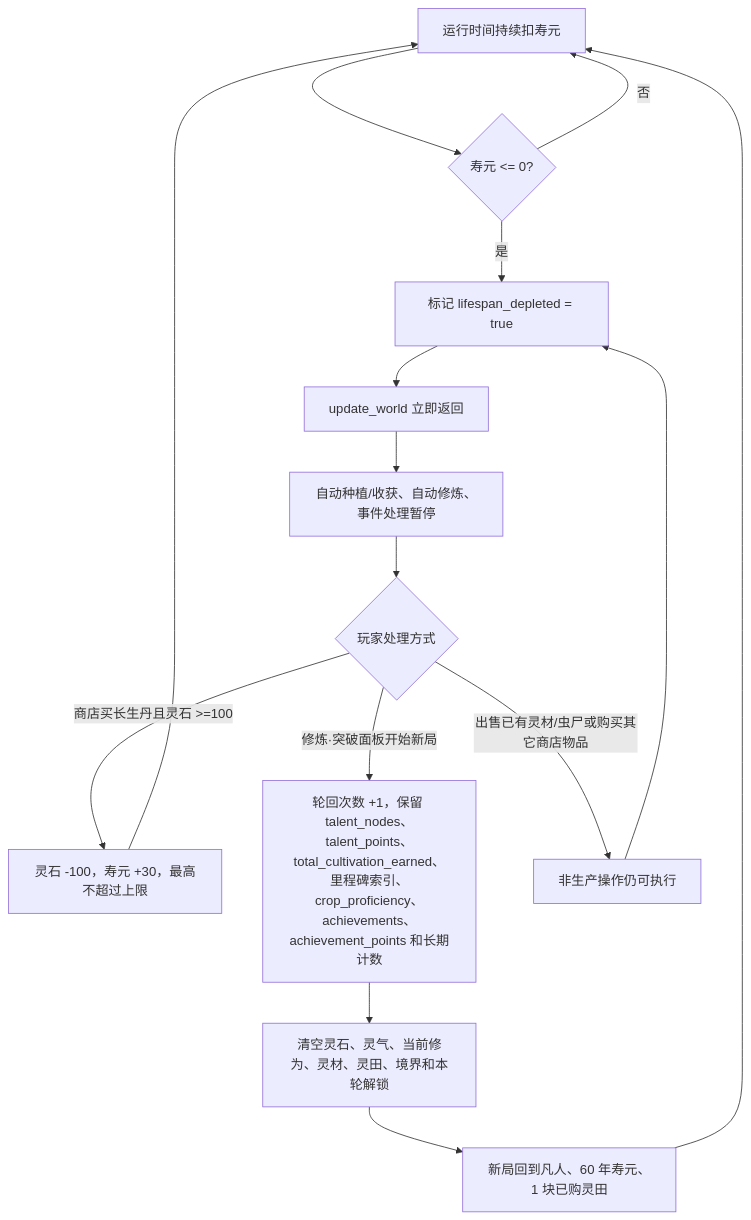
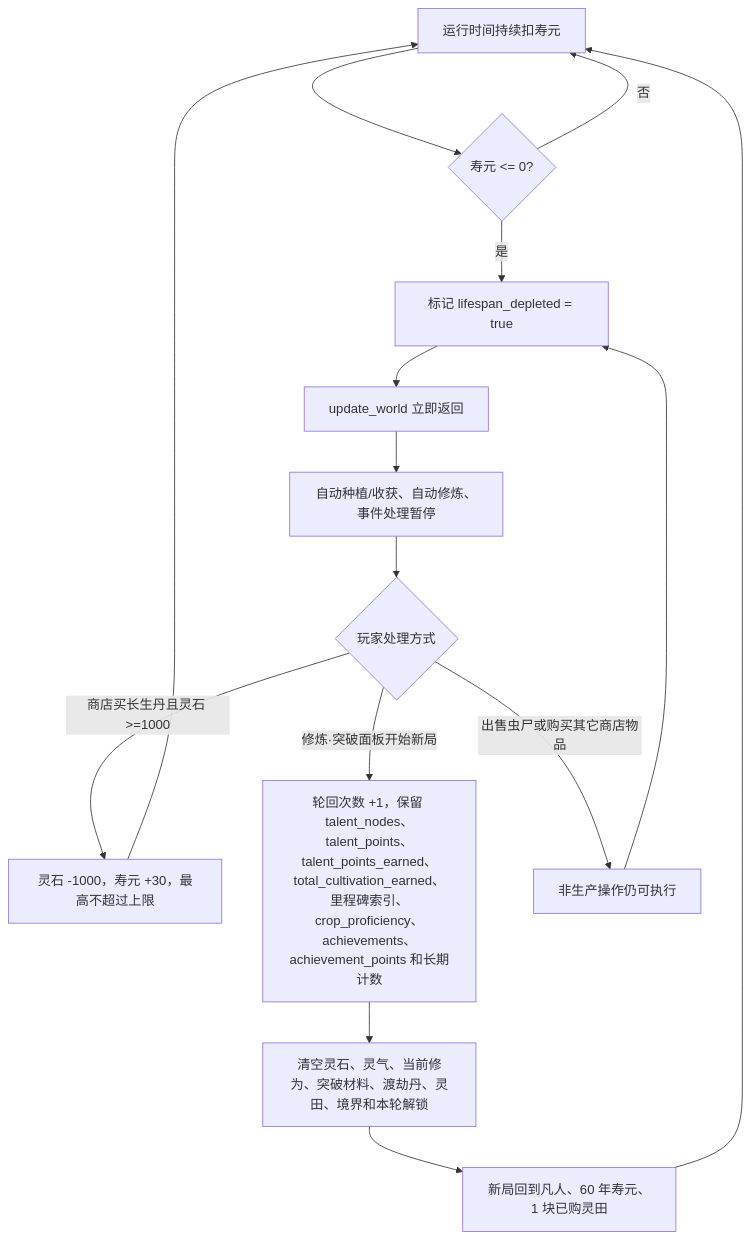
Before and after one commit to changw98ic/lingnong: the seventh of 12 diagrams in docs/CURRENT-GAME-FLOW.md, drawn with Mermaid. The commit also changed other lines of this file and 21 other files, not shown here.

````diff
--- a/docs/CURRENT-GAME-FLOW.md
+++ b/docs/CURRENT-GAME-FLOW.md
@@ -233,17 +286,17 @@
 ```mermaid
 flowchart TD
     A[运行时间持续扣寿元] --> B{寿元 <= 0?}
     B -- 否 --> A
     B -- 是 --> C[标记 lifespan_depleted = true]
     C --> D[update_world 立即返回]
     D --> E[自动种植/收获、自动修炼、事件处理暂停]
     E --> F{玩家处理方式}
-    F -- 商店买长生丹且灵石 >=100 --> G[灵石 -100，寿元 +30，最高不超过上限]
+    F -- 商店买长生丹且灵石 >=1000 --> G[灵石 -1000，寿元 +30，最高不超过上限]
     G --> A
-    F -- 修炼·突破面板开始新局 --> H[轮回次数 +1，保留 talent_nodes、talent_points、total_cultivation_earned、里程碑索引、crop_proficiency、achievements、achievement_points 和长期计数]
-    H --> I[清空灵石、灵气、当前修为、灵材、灵田、境界和本轮解锁]
+    F -- 修炼·突破面板开始新局 --> H[轮回次数 +1，保留 talent_nodes、talent_points、talent_points_earned、total_cultivation_earned、里程碑索引、crop_proficiency、achievements、achievement_points 和长期计数]
+    H --> I[清空灵石、灵气、当前修为、突破材料、渡劫丹、灵田、境界和本轮解锁]
     I --> J[新局回到凡人、60 年寿元、1 块已购灵田]
     J --> A
-    F -- 出售已有灵材/虫尸或购买其它商店物品 --> K[非生产操作仍可执行]
+    F -- 出售虫尸或购买其它商店物品 --> K[非生产操作仍可执行]
     K --> C
 ```
````
